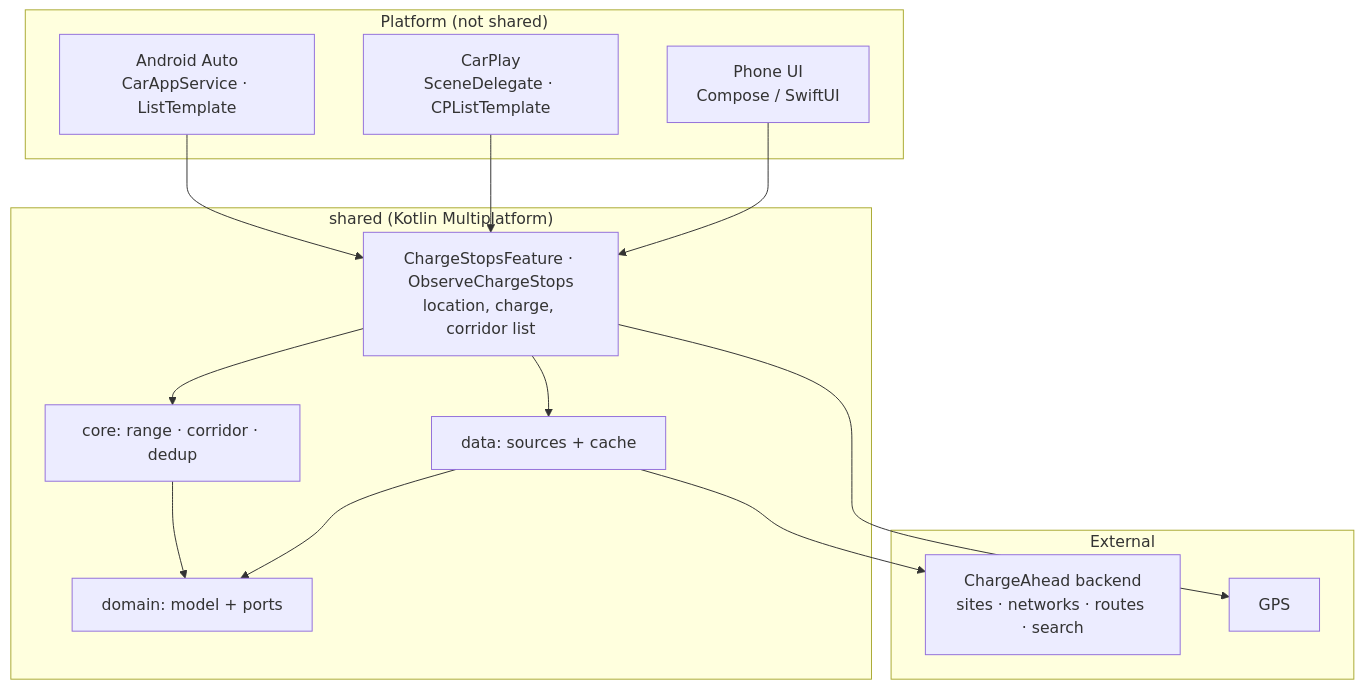
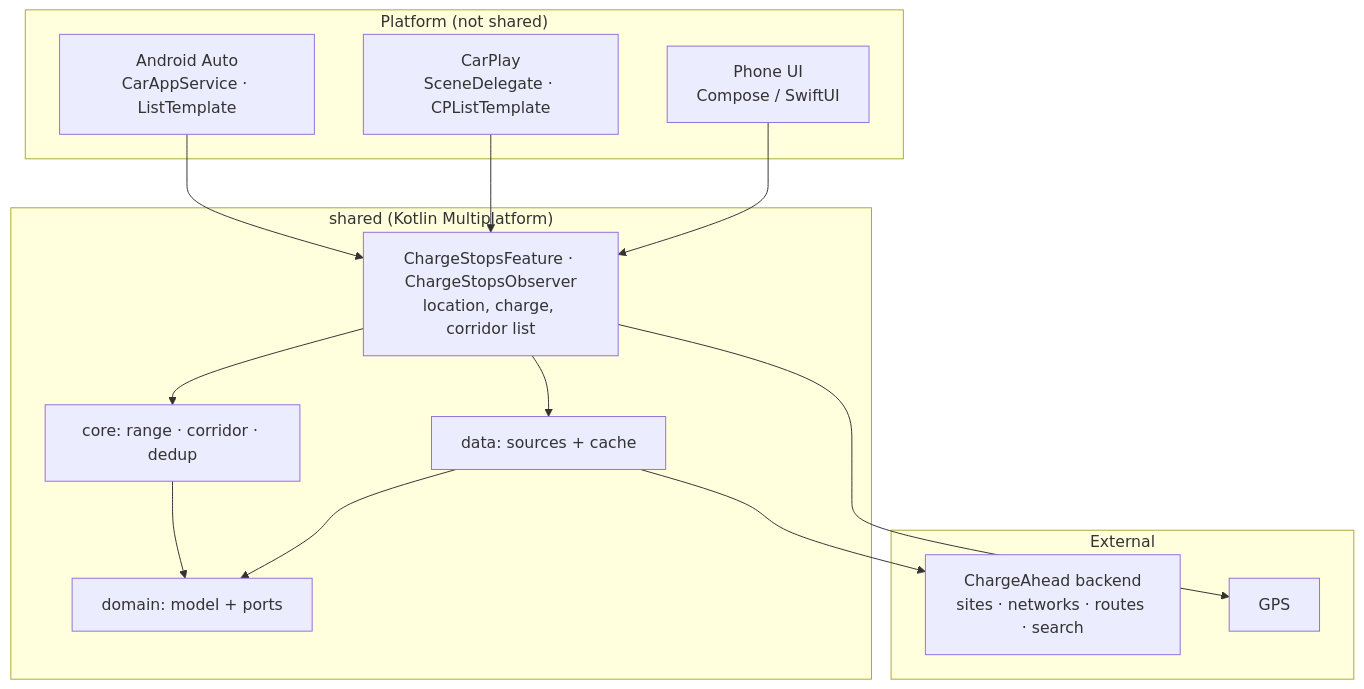
The diagram in ARCHITECTURE.md (kalinjul/ChargeAhead), drawn with Mermaid before and after one commit. The commit also changed other lines of this file and 53 other files, not shown here.

````diff
--- a/ARCHITECTURE.md
+++ b/ARCHITECTURE.md
@@ -190,27 +191,27 @@
 ```mermaid
 flowchart TD
     subgraph plat["Platform (not shared)"]
         AA["Android Auto<br/>CarAppService · ListTemplate"]
         CP["CarPlay<br/>SceneDelegate · CPListTemplate"]
         PH["Phone UI<br/>Compose / SwiftUI"]
     end
     subgraph shared["shared (Kotlin Multiplatform)"]
-        VM["ChargeStopsFeature · ObserveChargeStops<br/>location, charge, corridor list"]
+        VM["ChargeStopsFeature · ChargeStopsObserver<br/>location, charge, corridor list"]
         CORE["core: range · corridor · dedup"]
         DOM["domain: model + ports"]
         DATA["data: sources + cache"]
     end
     subgraph ext["External"]
         BE["ChargeAhead backend<br/>sites · networks · routes · search"]
         LOC["GPS"]
     end
     AA --> VM
     CP --> VM
     PH --> VM
     VM --> CORE
     CORE --> DOM
     DATA --> DOM
     VM --> DATA
     DATA --> BE
     VM --> LOC
 ```
````
